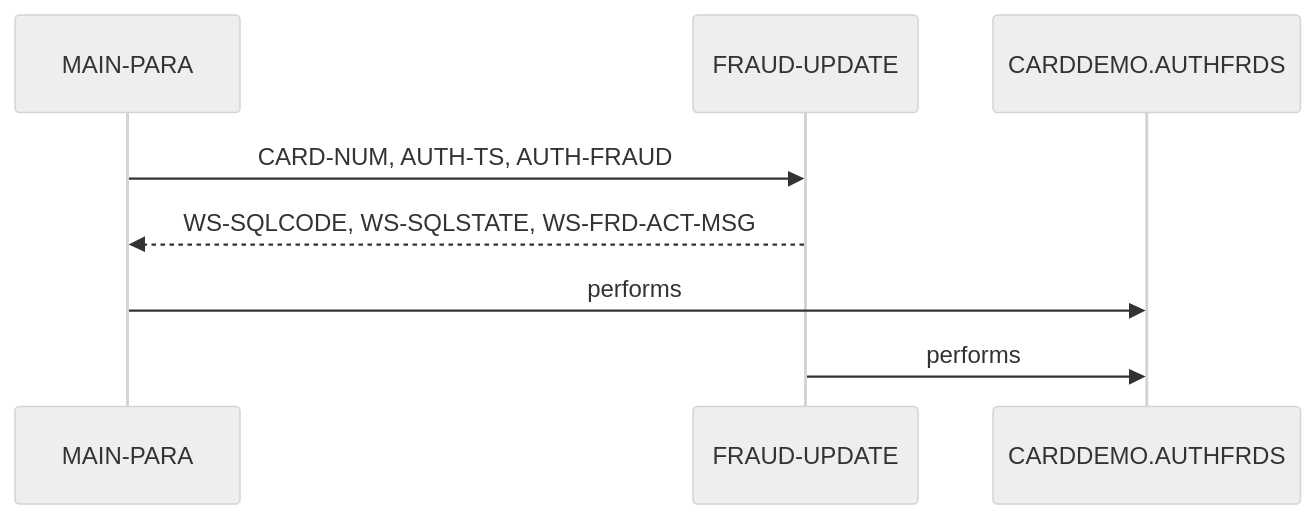
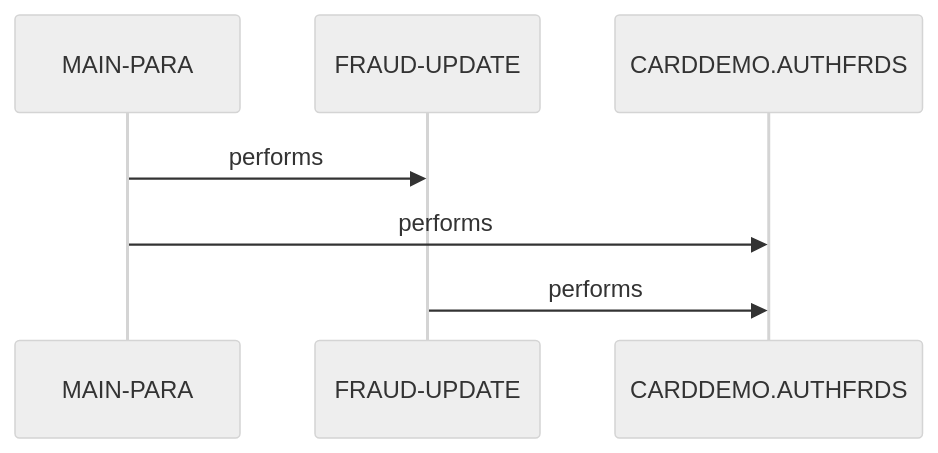
Before and after one commit to andrasfe/war_rig: the second of 2 diagrams in example_output/cbl/COPAUS2C.cbl.md, drawn with Mermaid (neutral theme). The commit also changed other lines of this file and 300 other files, not shown here.

````diff
--- a/example_output/cbl/COPAUS2C.cbl.md
+++ b/example_output/cbl/COPAUS2C.cbl.md
@@ -62,7 +58,9 @@
 ```mermaid
 sequenceDiagram
-    MAIN-PARA->>FRAUD-UPDATE: CARD-NUM, AUTH-TS, AUTH-FRAUD
-    FRAUD-UPDATE-->>MAIN-PARA: WS-SQLCODE, WS-SQLSTATE, WS-FRD-ACT-MSG
-    MAIN-PARA->>CARDDEMO.AUTHFRDS: performs
-    FRAUD-UPDATE->>CARDDEMO.AUTHFRDS: performs
+    participant MAIN_PARA as MAIN-PARA
+    participant FRAUD_UPDATE as FRAUD-UPDATE
+    participant CARDDEMO_AUTHFRDS as CARDDEMO.AUTHFRDS
+    MAIN_PARA->>FRAUD_UPDATE: performs
+    MAIN_PARA->>CARDDEMO_AUTHFRDS: performs
+    FRAUD_UPDATE->>CARDDEMO_AUTHFRDS: performs
 ```
````
